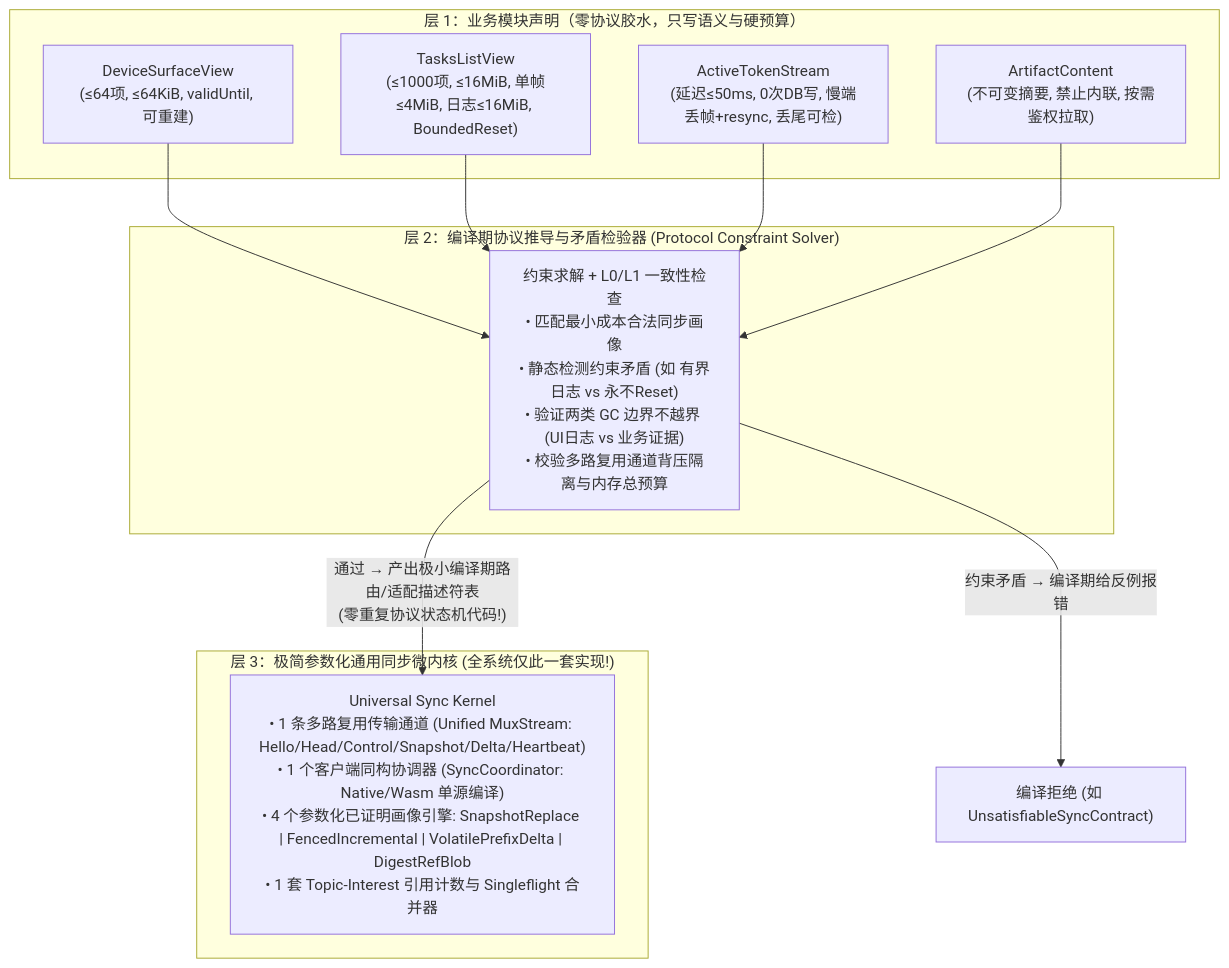
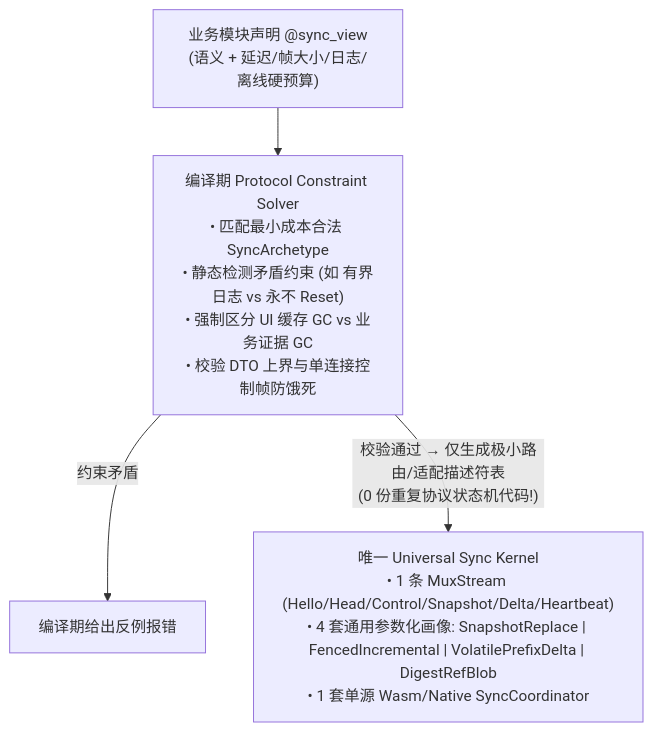
Before and after one commit to cpunion/tenon-lang: the first of 2 diagrams in docs/06-reconciliation-and-distributed-sync-calculus.md, drawn with Mermaid. The commit also changed other lines of this file and 7 other files, not shown here.

Commit message:
docs: finalize ADR-0001 with all 13 locked architecture decisions and align syntax/memory/modelcheck specs

````diff
--- a/docs/06-reconciliation-and-distributed-sync-calculus.md
+++ b/docs/06-reconciliation-and-distributed-sync-calculus.md
@@ -144,21 +94,6 @@
 ```mermaid
 flowchart TD
-    subgraph L1["层 1：业务模块声明（零协议胶水，只写语义与硬预算）"]
-        M1["DeviceSurfaceView\n(≤64项, ≤64KiB, validUntil, 可重建)"]
-        M2["TasksListView\n(≤1000项, ≤16MiB, 单帧≤4MiB, 日志≤16MiB, BoundedReset)"]
-        M3["ActiveTokenStream\n(延迟≤50ms, 0次DB写, 慢端丢帧+resync, 丢尾可检)"]
-        M4["ArtifactContent\n(不可变摘要, 禁止内联, 按需鉴权拉取)"]
-    end
-
-    subgraph L2["层 2：编译期协议推导与矛盾检验器 (Protocol Constraint Solver)"]
-        SOLVER["约束求解 + L0/L1 一致性检查\n• 匹配最小成本合法同步画像\n• 静态检测约束矛盾 (如 有界日志 vs 永不Reset)\n• 验证两类 GC 边界不越界 (UI日志 vs 业务证据)\n• 校验多路复用通道背压隔离与内存总预算"]
-    end
-
-    subgraph L3["层 3：极简参数化通用同步微内核 (全系统仅此一套实现!)"]
-        CORE["Universal Sync Kernel\n• 1 条多路复用传输通道 (Unified MuxStream: Hello/Head/Control/Snapshot/Delta/Heartbeat)\n• 1 个客户端同构协调器 (SyncCoordinator: Native/Wasm 单源编译)\n• 4 个参数化已证明画像引擎: SnapshotReplace | FencedIncremental | VolatilePrefixDelta | DigestRefBlob\n• 1 套 Topic-Interest 引用计数与 Singleflight 合并器"]
-    end
-
-    M1 & M2 & M3 & M4 --> SOLVER
-    SOLVER -->|"约束矛盾 → 编译期给反例报错"| ERR["编译拒绝 (如 UnsatisfiableSyncContract)"]
-    SOLVER -->|"通过 → 产出极小编译期路由/适配描述符表\n(零重复协议状态机代码!)"| CORE
+    M["业务模块声明 @sync_view\n(语义 + 延迟/帧大小/日志/离线硬预算)"] --> SOLVER["编译期 Protocol Constraint Solver\n• 匹配最小成本合法 SyncArchetype\n• 静态检测矛盾约束 (如 有界日志 vs 永不 Reset)\n• 强制区分 UI 缓存 GC vs 业务证据 GC\n• 校验 DTO 上界与单连接控制帧防饿死"]
+    SOLVER -->|"约束矛盾"| ERR["编译期给出反例报错"]
+    SOLVER -->|"校验通过 → 仅生成极小路由/适配描述符表\n(0 份重复协议状态机代码!)"| CORE["唯一 Universal Sync Kernel\n• 1 条 MuxStream (Hello/Head/Control/Snapshot/Delta/Heartbeat)\n• 4 套通用参数化画像: SnapshotReplace | FencedIncremental | VolatilePrefixDelta | DigestRefBlob\n• 1 套单源 Wasm/Native SyncCoordinator"]
 ```
````
